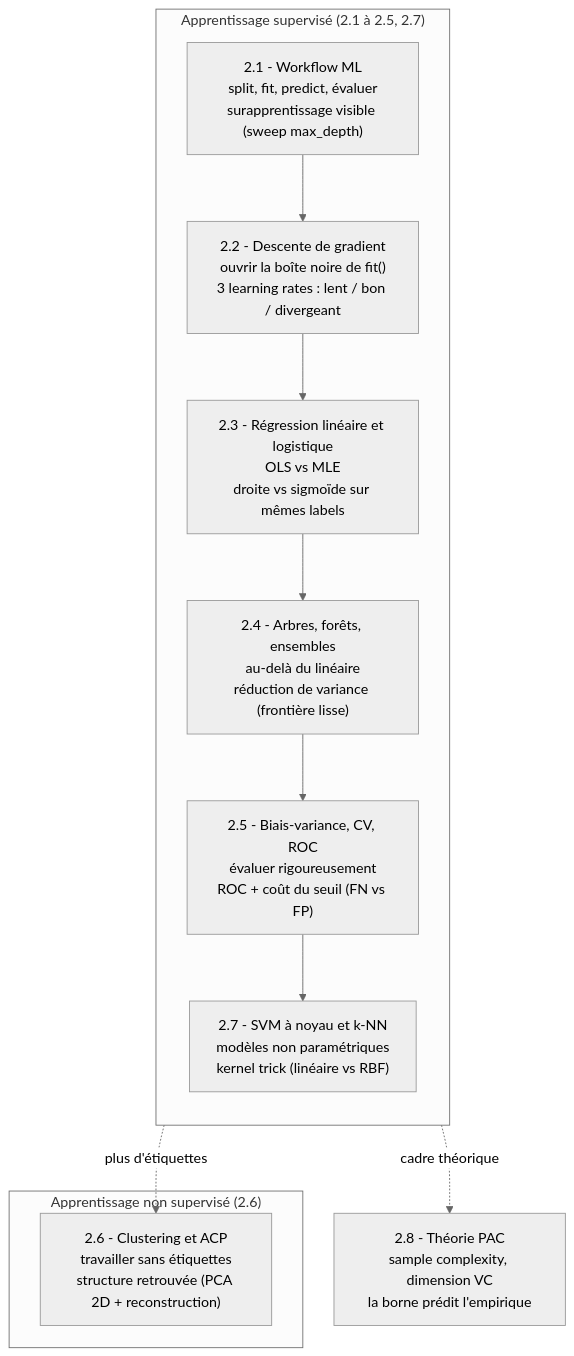
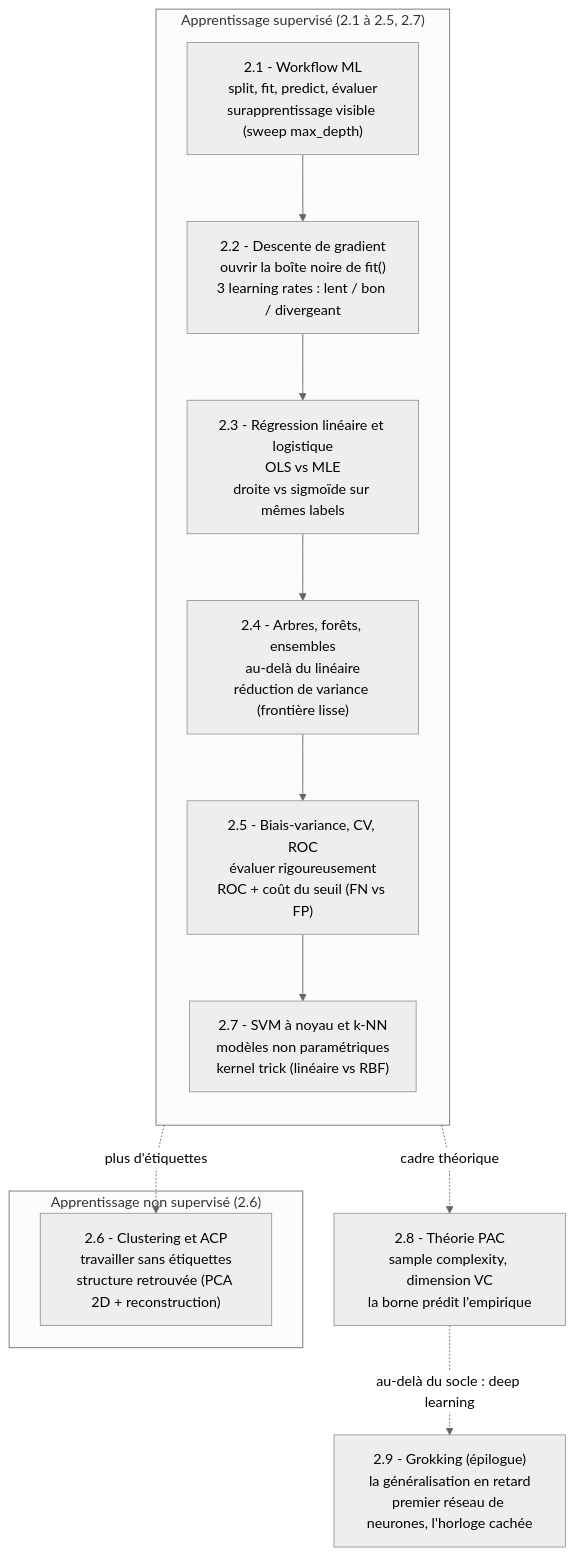
One commit to jsboige/CoursIA changed the diagram in MyIA.AI.Notebooks/ML/DataScienceWithAgents/02-ML-Cours/README.md. Above: the diagram before and after it, drawn with Mermaid (neutral theme). The commit also changed other lines of this file and 1 other file, not shown here.

````diff
--- a/MyIA.AI.Notebooks/ML/DataScienceWithAgents/02-ML-Cours/README.md
+++ b/MyIA.AI.Notebooks/ML/DataScienceWithAgents/02-ML-Cours/README.md
@@ -62,19 +65,21 @@
 ```mermaid
 flowchart TD
     subgraph SUP["Apprentissage supervisé (2.1 à 2.5, 2.7)"]
       direction TB
       A["2.1 - Workflow ML<br/>split, fit, predict, évaluer<br/>surapprentissage visible (sweep max_depth)"]
       B["2.2 - Descente de gradient<br/>ouvrir la boîte noire de fit()<br/>3 learning rates : lent / bon / divergeant"]
       C["2.3 - Régression linéaire et logistique<br/>OLS vs MLE<br/>droite vs sigmoïde sur mêmes labels"]
       D["2.4 - Arbres, forêts, ensembles<br/>au-delà du linéaire<br/>réduction de variance (frontière lisse)"]
       E["2.5 - Biais-variance, CV, ROC<br/>évaluer rigoureusement<br/>ROC + coût du seuil (FN vs FP)"]
       G["2.7 - SVM à noyau et k-NN<br/>modèles non paramétriques<br/>kernel trick (linéaire vs RBF)"]
       A --> B --> C --> D --> E --> G
     end
     subgraph UNSUP["Apprentissage non supervisé (2.6)"]
       F["2.6 - Clustering et ACP<br/>travailler sans étiquettes<br/>structure retrouvée (PCA 2D + reconstruction)"]
     end
     H["2.8 - Théorie PAC<br/>sample complexity, dimension VC<br/>la borne prédit l'empirique"]
+    I["2.9 - Grokking (épilogue)<br/>la généralisation en retard<br/>premier réseau de neurones, l'horloge cachée"]
     E -. "plus d'étiquettes" .-> F
     E -. "cadre théorique" .-> H
+    H -. "au-delà du socle : deep learning" .-> I
 ```
````
